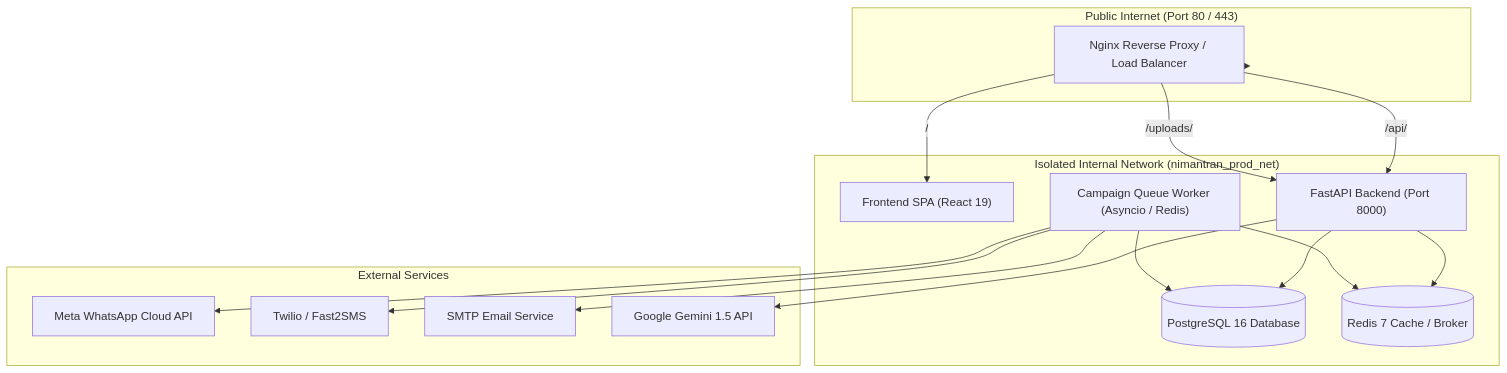
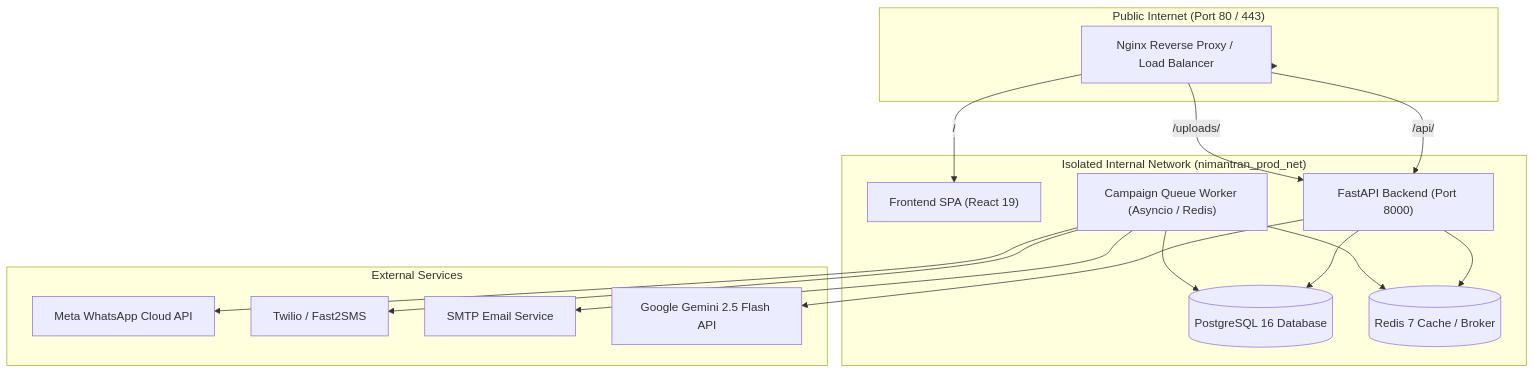
The diagram in README.md (rohitgupta9886/Nimantran_App), drawn with Mermaid before and after one commit. The commit also changed other lines of this file and 11 other files, not shown here.

````diff
--- a/README.md
+++ b/README.md
@@ -78,34 +78,34 @@
 ```mermaid
 flowchart TD
     subgraph Public["Public Internet (Port 80 / 443)"]
         Nginx["Nginx Reverse Proxy / Load Balancer"]
     end
 
     subgraph InternalNet["Isolated Internal Network (nimantran_prod_net)"]
         Frontend["Frontend SPA (React 19)"]
         Backend["FastAPI Backend (Port 8000)"]
         Worker["Campaign Queue Worker (Asyncio / Redis)"]
         Postgres[(PostgreSQL 16 Database)]
         Redis[(Redis 7 Cache / Broker)]
     end
 
     subgraph External["External Services"]
         MetaWA["Meta WhatsApp Cloud API"]
         SMS["Twilio / Fast2SMS"]
         SMTP["SMTP Email Service"]
-        Gemini["Google Gemini 1.5 API"]
+        Gemini["Google Gemini 2.5 Flash API"]
     end
 
     Public --> Nginx
     Nginx -->|/ | Frontend
     Nginx -->|/api/ | Backend
     Nginx -->|/uploads/ | Backend
     Backend --> Postgres
     Backend --> Redis
     Backend --> Gemini
     Worker --> Postgres
     Worker --> Redis
     Worker --> MetaWA
     Worker --> SMS
     Worker --> SMTP
 ```
````
